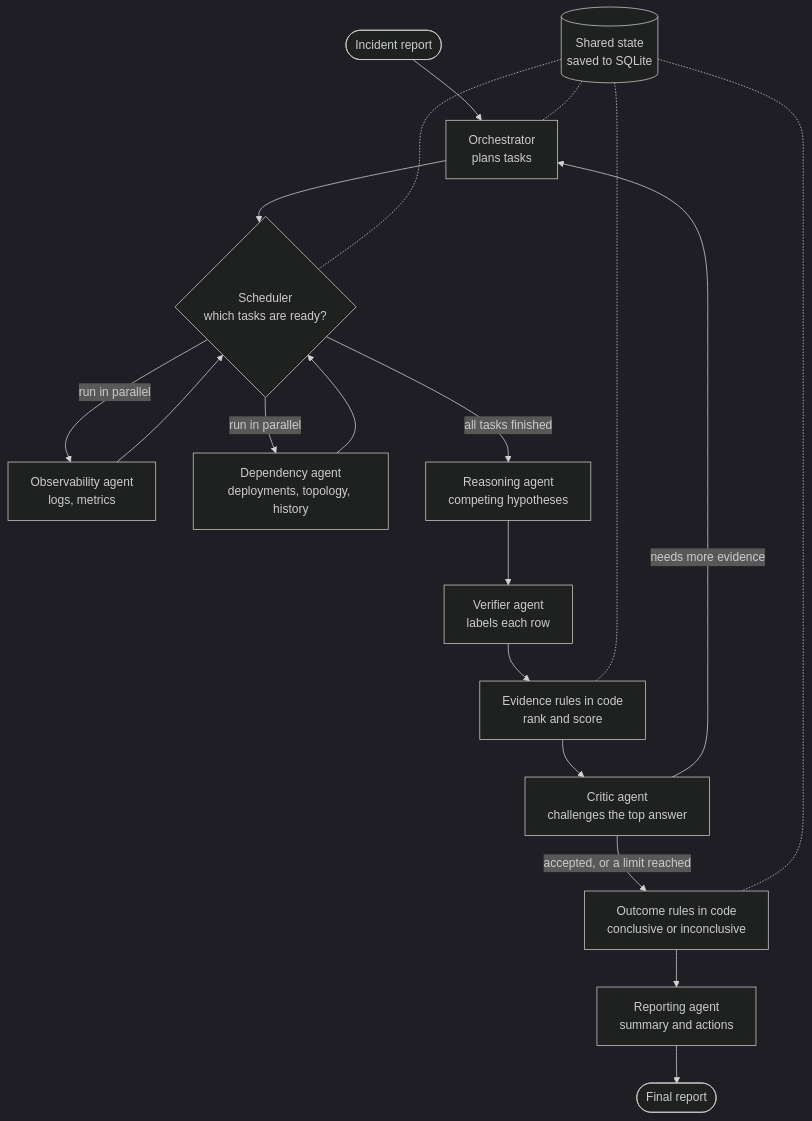
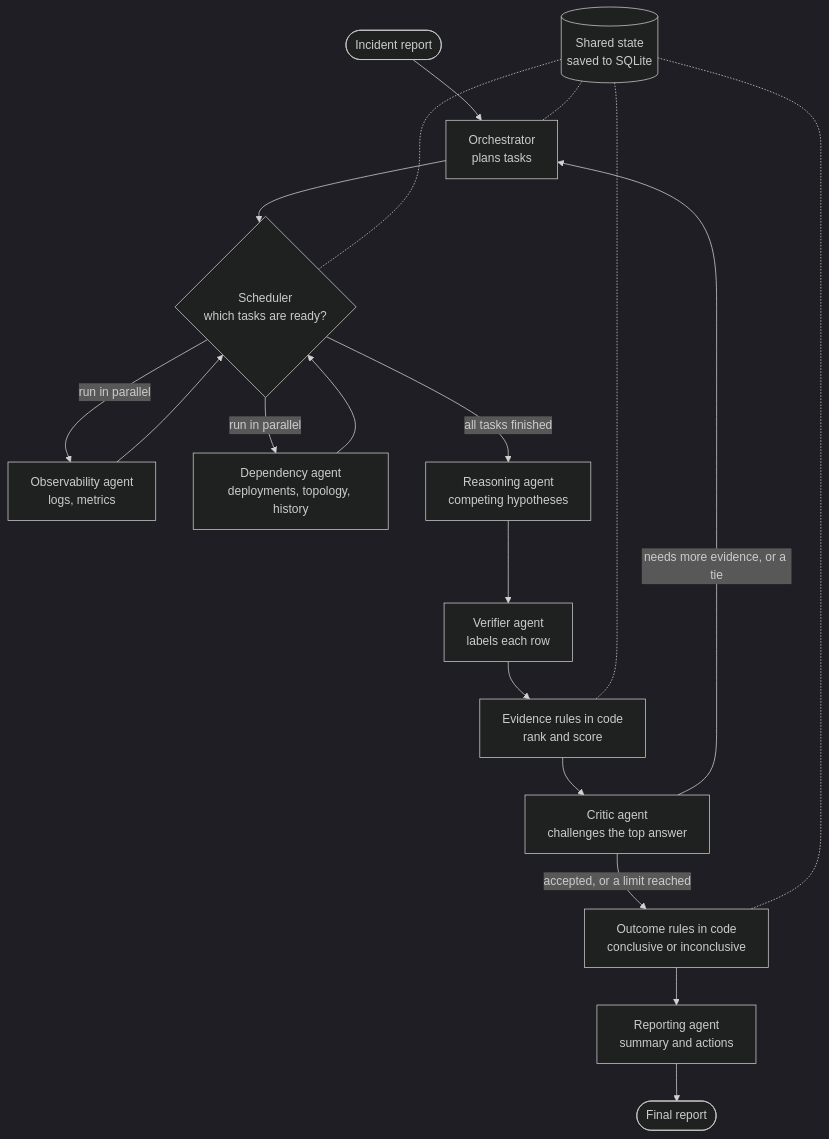
One commit to BLAZE7SHADOW/multi-agent-incident-investigator changed the diagram in README.md. Above: the diagram before and after it, drawn with Mermaid (dark theme). The commit also changed other lines of this file and 1 other file, not shown here.

````diff
--- a/README.md
+++ b/README.md
@@ -85,21 +101,21 @@
 ```mermaid
 flowchart TD
     A([Incident report]) --> B[Orchestrator<br/>plans tasks]
     B --> C{Scheduler<br/>which tasks are ready?}
     C -- run in parallel --> D[Observability agent<br/>logs, metrics]
     C -- run in parallel --> E[Dependency agent<br/>deployments, topology, history]
     D --> C
     E --> C
     C -- all tasks finished --> F[Reasoning agent<br/>competing hypotheses]
     F --> G[Verifier agent<br/>labels each row]
     G --> H[Evidence rules in code<br/>rank and score]
     H --> I[Critic agent<br/>challenges the top answer]
-    I -- needs more evidence --> B
+    I -- needs more evidence, or a tie --> B
     I -- accepted, or a limit reached --> J[Outcome rules in code<br/>conclusive or inconclusive]
     J --> K[Reporting agent<br/>summary and actions]
     K --> L([Final report])
     S[(Shared state<br/>saved to SQLite)] -.- B
     S -.- C
     S -.- H
     S -.- J
 ```
````
